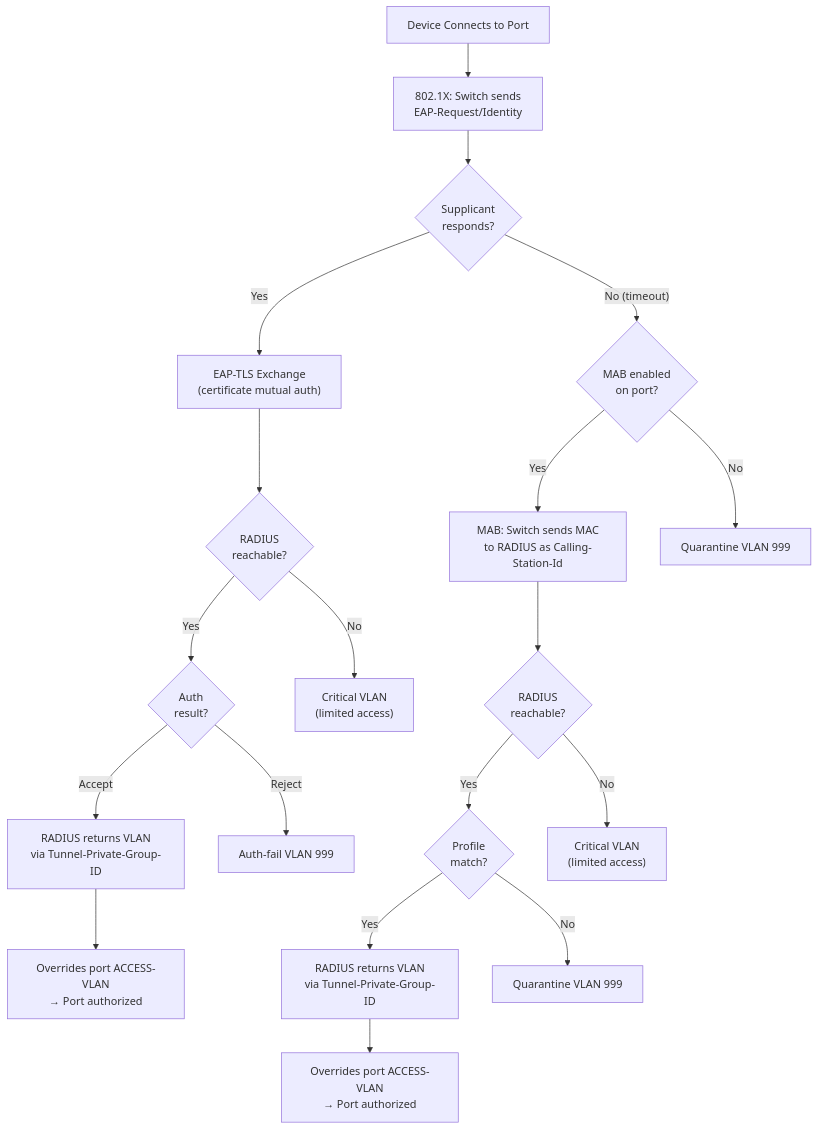
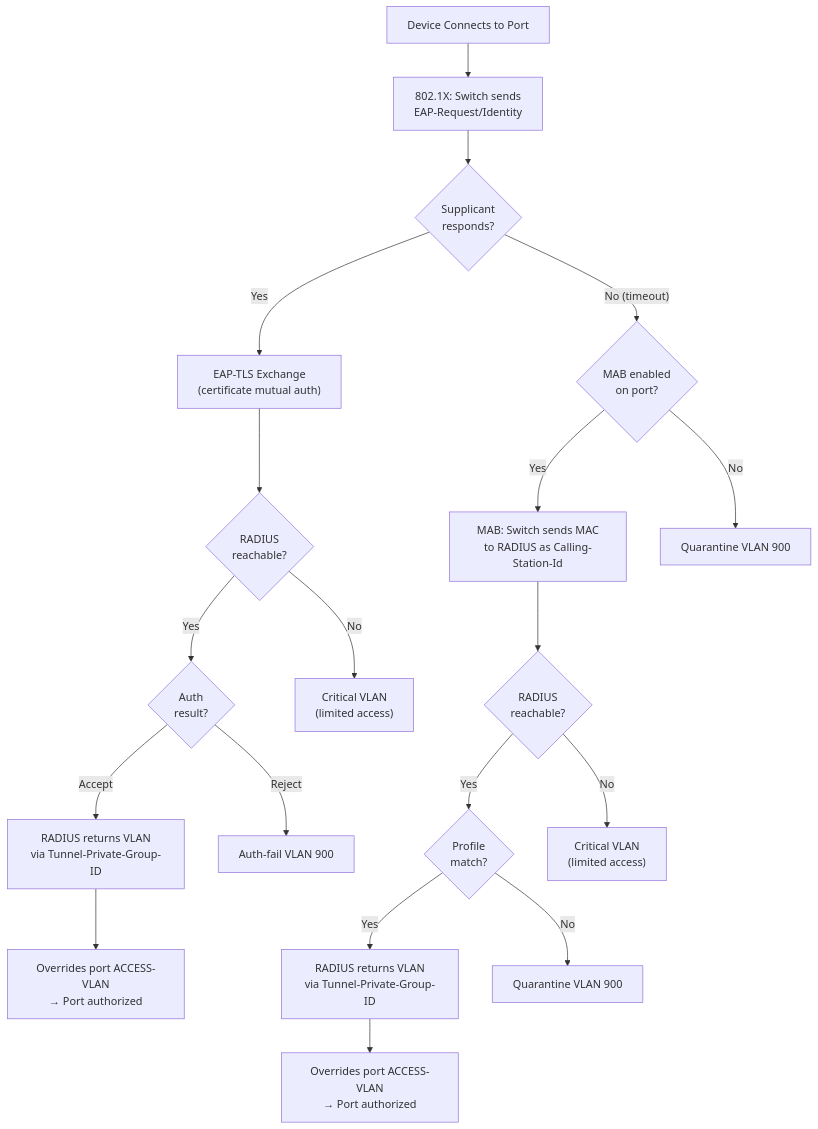
The sixth of 6 diagrams in docs/ethernet/port-configurations.md (NewOrleansITI/networkstandards), drawn with Mermaid before and after one commit. The commit also changed other lines of this file and 4 other files, not shown here.

````diff
--- a/docs/ethernet/port-configurations.md
+++ b/docs/ethernet/port-configurations.md
@@ -431,26 +431,26 @@
 ```mermaid
 flowchart TD
     CONNECT[Device Connects to Port] --> DOT1X_ATTEMPT["802.1X: Switch sends<br/>EAP-Request/Identity"]
     DOT1X_ATTEMPT --> SUPPLICANT{Supplicant<br/>responds?}
 
     SUPPLICANT -->|Yes| EAP["EAP-TLS Exchange<br/>(certificate mutual auth)"]
     EAP --> RADIUS_1{RADIUS<br/>reachable?}
     RADIUS_1 -->|Yes| AUTH_RESULT{Auth<br/>result?}
     RADIUS_1 -->|No| CRITICAL_1["Critical VLAN<br/>(limited access)"]
 
     AUTH_RESULT -->|Accept| VLAN_ASSIGN_1["RADIUS returns VLAN<br/>via Tunnel-Private-Group-ID"]
     VLAN_ASSIGN_1 --> OVERRIDE_1["Overrides port ACCESS-VLAN<br/>→ Port authorized"]
-    AUTH_RESULT -->|Reject| AUTHFAIL["Auth-fail VLAN 999"]
+    AUTH_RESULT -->|Reject| AUTHFAIL["Auth-fail VLAN 900"]
 
     SUPPLICANT -->|"No (timeout)"| MAB_CHECK{MAB enabled<br/>on port?}
     MAB_CHECK -->|Yes| MAC_LOOKUP["MAB: Switch sends MAC<br/>to RADIUS as Calling-Station-Id"]
-    MAB_CHECK -->|No| QUARANTINE_1["Quarantine VLAN 999"]
+    MAB_CHECK -->|No| QUARANTINE_1["Quarantine VLAN 900"]
 
     MAC_LOOKUP --> RADIUS_2{RADIUS<br/>reachable?}
     RADIUS_2 -->|Yes| PROFILE{Profile<br/>match?}
     RADIUS_2 -->|No| CRITICAL_2["Critical VLAN<br/>(limited access)"]
 
     PROFILE -->|Yes| VLAN_ASSIGN_2["RADIUS returns VLAN<br/>via Tunnel-Private-Group-ID"]
     VLAN_ASSIGN_2 --> OVERRIDE_2["Overrides port ACCESS-VLAN<br/>→ Port authorized"]
-    PROFILE -->|No| QUARANTINE_2["Quarantine VLAN 999"]
+    PROFILE -->|No| QUARANTINE_2["Quarantine VLAN 900"]
 ```
````
